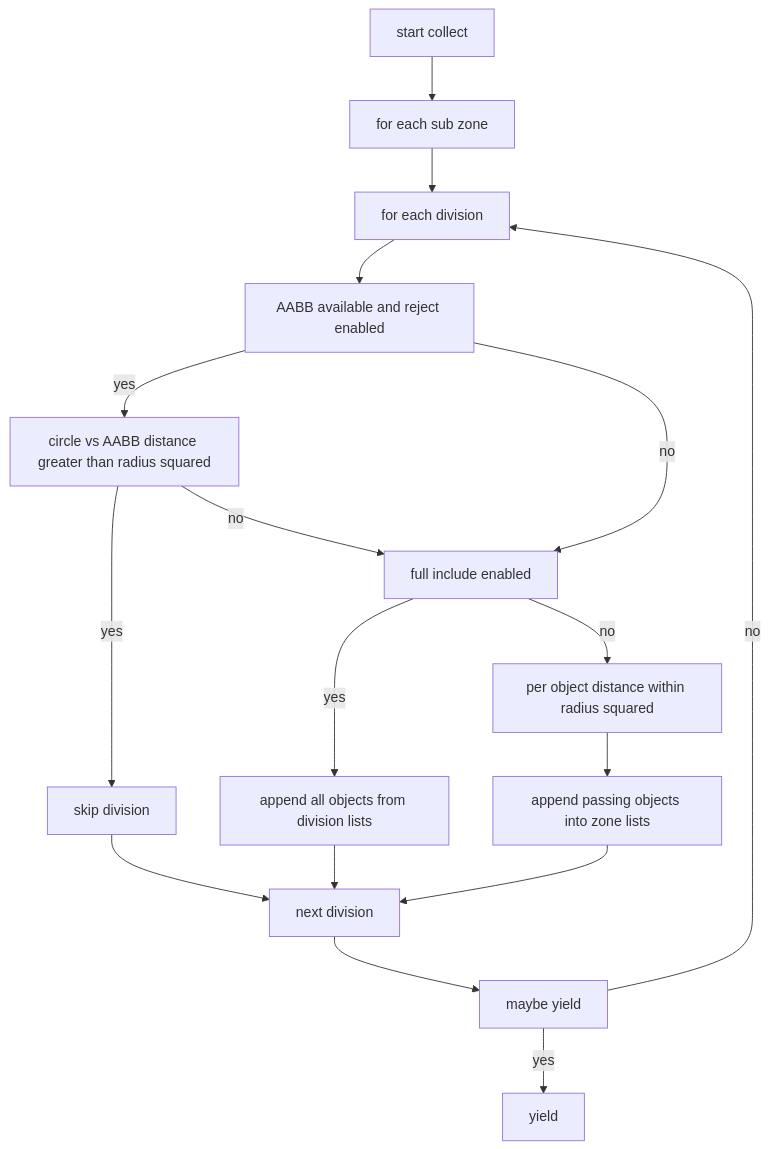
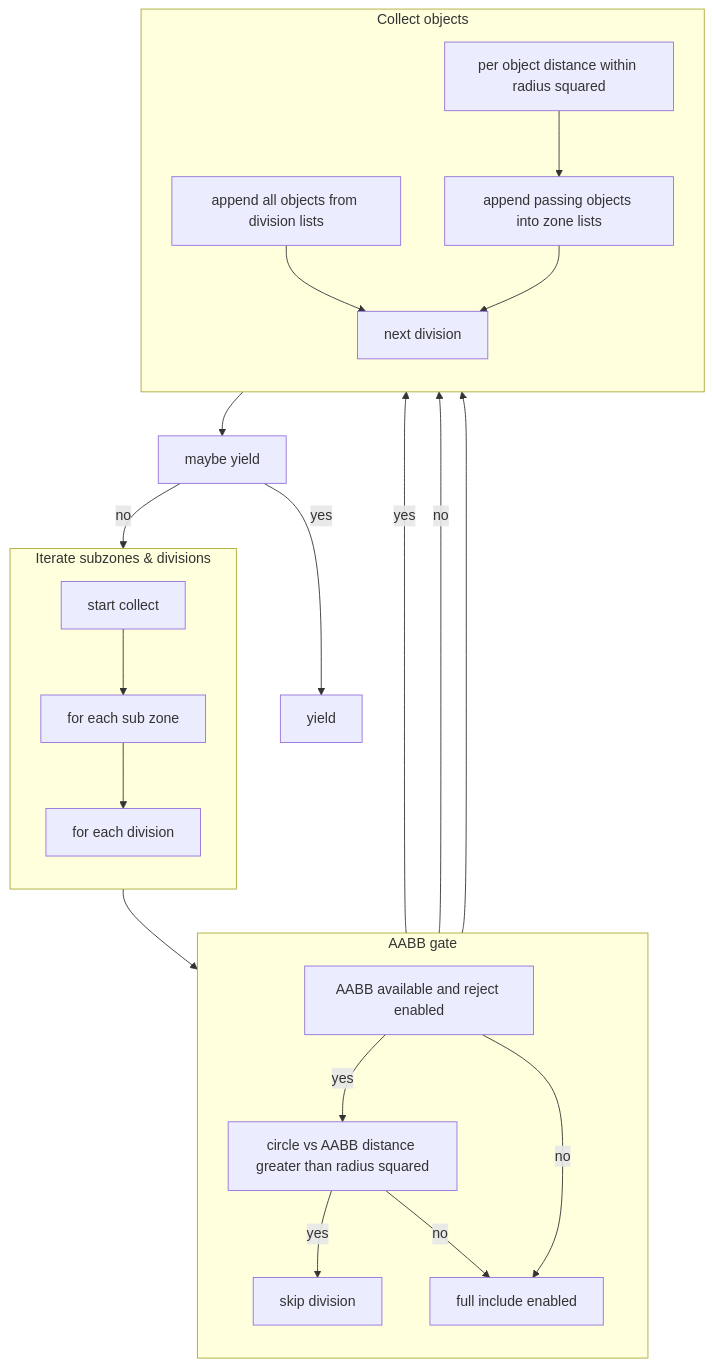
The third of 5 diagrams in docs/spawner/zones_and_divisions.md (Gh0st352/AETHR), drawn with Mermaid before and after one commit. The commit also changed other lines of this file and 9 other files, not shown here.

First line of the commit message:
docs(spawner, mermaid): restructure diagrams and clarify headings

````diff
--- a/docs/spawner/zones_and_divisions.md
+++ b/docs/spawner/zones_and_divisions.md
@@ -46,19 +66,32 @@
 ```mermaid
+%% shared theme: docs/_mermaid/theme.json %%
 flowchart TB
-  S0[start collect] --> L0[for each sub zone]
-  L0 --> L1[for each division]
-  L1 --> AABB0[AABB available and reject enabled]
-  AABB0 -- yes --> REJ[circle vs AABB distance greater than radius squared]
-  REJ -- yes --> SKIP[skip division]
-  REJ -- no --> INC[full include enabled]
-  AABB0 -- no --> INC
-  INC -- yes --> ALL[append all objects from division lists]
-  INC -- no --> PO[per object distance within radius squared]
-  PO --> ADD[append passing objects into zone lists]
-  ALL --> NEXT[next division]
-  ADD --> NEXT
-  SKIP --> NEXT
+  subgraph "Iterate subzones & divisions"
+    direction TB
+    S0[start collect] --> L0[for each sub zone]
+    L0 --> L1[for each division]
+  end
+  subgraph "AABB gate"
+    direction TB
+    L1 --> AABB0[AABB available and reject enabled]
+    AABB0 -- "yes" --> REJ[circle vs AABB distance greater than radius squared]
+    REJ -- "yes" --> SKIP[skip division]
+    REJ -- "no" --> INC[full include enabled]
+    AABB0 -- "no" --> INC
+  end
+  subgraph "Collect objects"
+    direction TB
+    INC -- "yes" --> ALL[append all objects from division lists]
+    INC -- "no" --> PO[per object distance within radius squared]
+    PO --> ADD[append passing objects into zone lists]
+    ALL --> NEXT[next division]
+    ADD --> NEXT
+    SKIP --> NEXT
+  end
   NEXT --> Y0[maybe yield]
-  Y0 -- yes --> Y1[yield]
-  Y0 -- no --> L1
+  Y0 -- "yes" --> Y1[yield]
+  Y0 -- "no" --> L1
+  class S0 class_io;
+  class L0,L1,AABB0,REJ,INC,ALL,PO,ADD,SKIP,NEXT,Y0,Y1 class_step;
+  class REJ class_decision;
 ```
````
